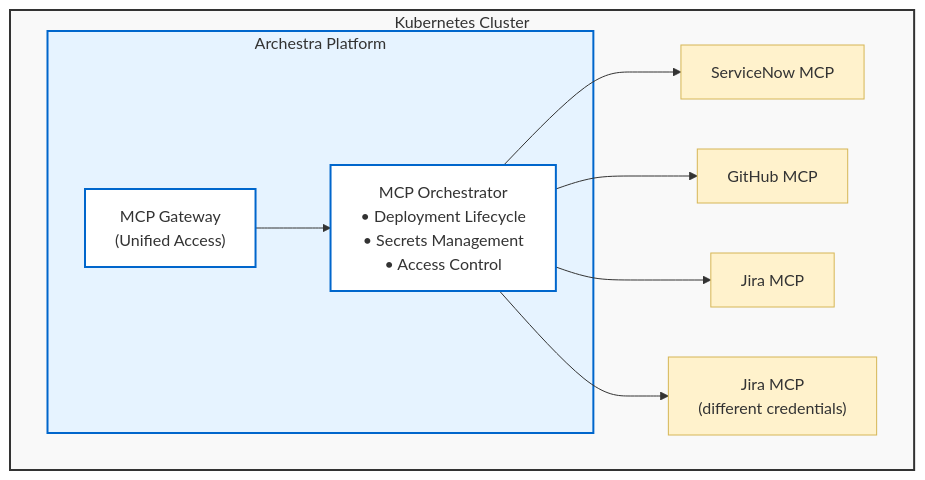
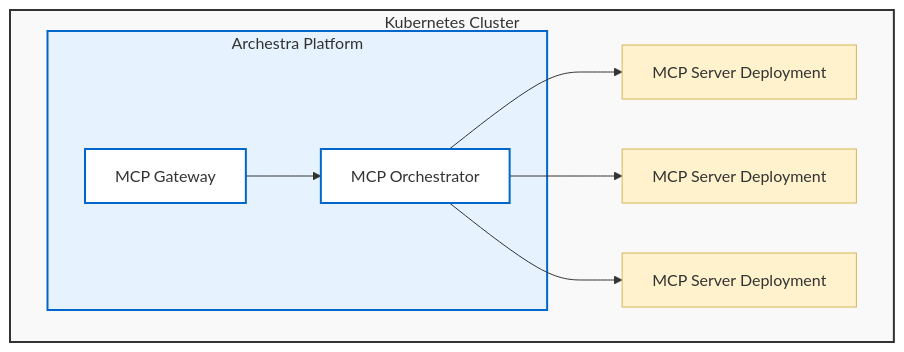
Before and after one commit to 64johnlee/archestra: the diagram in docs/pages/platform-orchestrator.md, drawn with Mermaid. The commit also changed other lines of this file and 9 other files, not shown here.

First line of the commit message:
docs: revise MCP docs overview, registry, gateway, and auth (#3973)

````diff
--- a/docs/pages/platform-orchestrator.md
+++ b/docs/pages/platform-orchestrator.md
@@ -22,25 +22,23 @@
 ```mermaid
 graph TB
     subgraph K8S["Kubernetes Cluster"]
         subgraph Archestra["Archestra Platform"]
-            Gateway["MCP Gateway<br/>(Unified Access)"]
-            Orchestrator["MCP Orchestrator<br/>• Deployment Lifecycle<br/>• Secrets Management<br/>• Access Control"]
+            Gateway["MCP Gateway"]
+            Orchestrator["MCP Orchestrator"]
 
             Gateway --> Orchestrator
         end
 
-        Orchestrator --> D1["ServiceNow MCP"]
-        Orchestrator --> D2["GitHub MCP"]
-        Orchestrator --> D3["Jira MCP"]
-        Orchestrator --> D4["Jira MCP<br/>(different credentials)"]
+        Orchestrator --> D1["MCP Server Deployment"]
+        Orchestrator --> D2["MCP Server Deployment"]
+        Orchestrator --> D3["MCP Server Deployment"]
     end
 
     style K8S fill:#f9f9f9,stroke:#333,stroke-width:2px
     style Archestra fill:#e6f3ff,stroke:#0066cc,stroke-width:2px
     style Gateway fill:#fff,stroke:#0066cc,stroke-width:2px
     style Orchestrator fill:#fff,stroke:#0066cc,stroke-width:2px
     style D1 fill:#fff2cc,stroke:#d6b656,stroke-width:1px
     style D2 fill:#fff2cc,stroke:#d6b656,stroke-width:1px
     style D3 fill:#fff2cc,stroke:#d6b656,stroke-width:1px
-    style D4 fill:#fff2cc,stroke:#d6b656,stroke-width:1px
 ```
````
